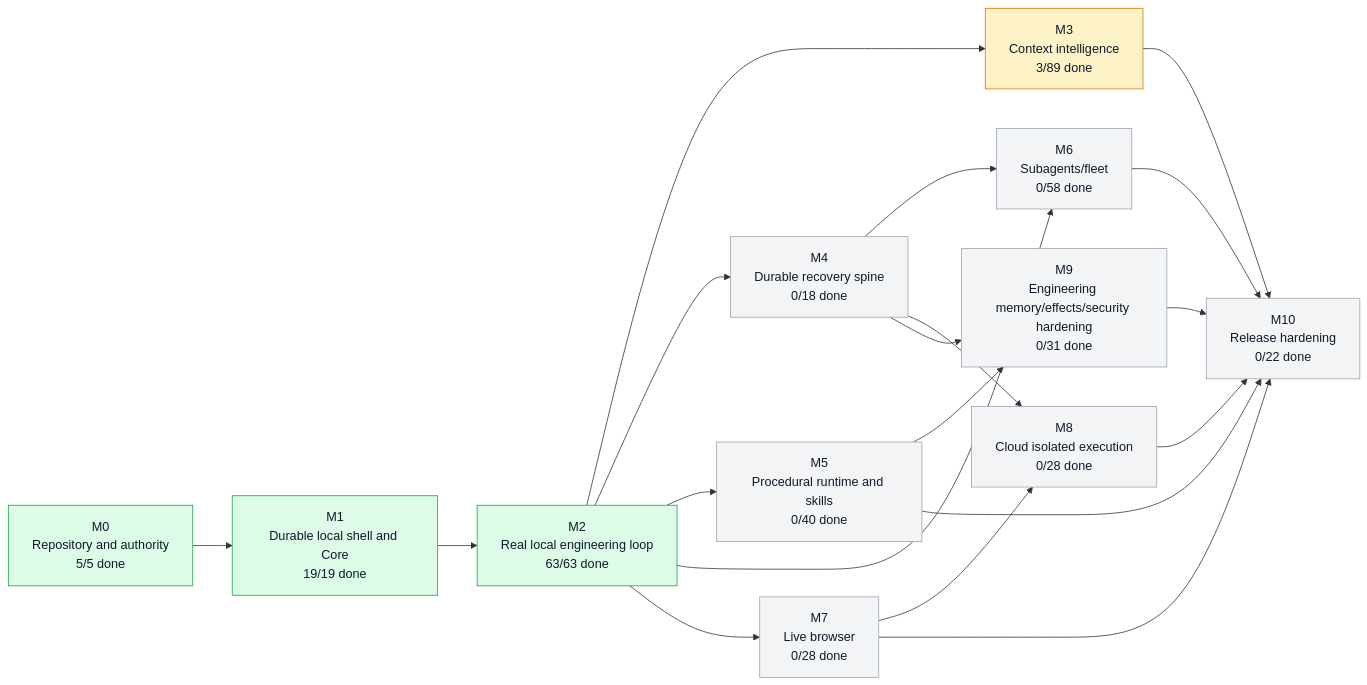
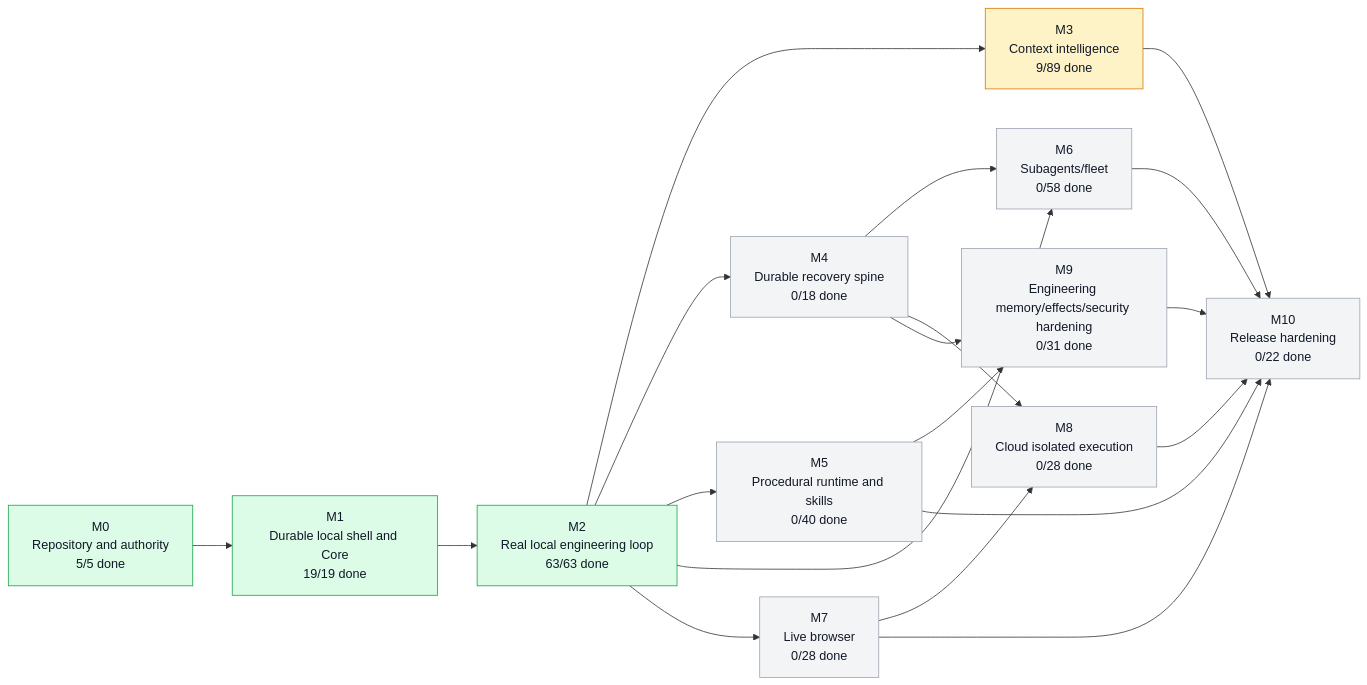
One commit to moss101/modbit changed the first of 5 diagrams in graph/PROJECT_GRAPH.md. Above: the diagram before and after it, drawn with Mermaid. The commit also changed other lines of this file and 21 other files, not shown here.

````diff
--- a/graph/PROJECT_GRAPH.md
+++ b/graph/PROJECT_GRAPH.md
@@ -57,43 +57,43 @@
 ```mermaid
 flowchart LR
   M0["M0<br/>Repository and authority<br/>5/5 done"]
   M1["M1<br/>Durable local shell and Core<br/>19/19 done"]
   M2["M2<br/>Real local engineering loop<br/>63/63 done"]
-  M3["M3<br/>Context intelligence<br/>3/89 done"]
+  M3["M3<br/>Context intelligence<br/>9/89 done"]
   M4["M4<br/>Durable recovery spine<br/>0/18 done"]
   M5["M5<br/>Procedural runtime and skills<br/>0/40 done"]
   M6["M6<br/>Subagents/fleet<br/>0/58 done"]
   M7["M7<br/>Live browser<br/>0/28 done"]
   M8["M8<br/>Cloud isolated execution<br/>0/28 done"]
   M9["M9<br/>Engineering memory/effects/security hardening<br/>0/31 done"]
   M10["M10<br/>Release hardening<br/>0/22 done"]
   M0 --> M1
   M1 --> M2
   M2 --> M3
   M2 --> M4
   M2 --> M5
   M2 --> M6
   M4 --> M6
   M2 --> M7
   M4 --> M8
   M7 --> M8
   M4 --> M9
   M5 --> M9
   M3 --> M10
   M5 --> M10
   M6 --> M10
   M7 --> M10
   M8 --> M10
   M9 --> M10
   style M0 fill:#dcfce7,stroke:#16a34a,color:#111827
   style M1 fill:#dcfce7,stroke:#16a34a,color:#111827
   style M2 fill:#dcfce7,stroke:#16a34a,color:#111827
   style M3 fill:#fef3c7,stroke:#d97706,color:#111827
   style M4 fill:#f3f4f6,stroke:#9ca3af,color:#111827
   style M5 fill:#f3f4f6,stroke:#9ca3af,color:#111827
   style M6 fill:#f3f4f6,stroke:#9ca3af,color:#111827
   style M7 fill:#f3f4f6,stroke:#9ca3af,color:#111827
   style M8 fill:#f3f4f6,stroke:#9ca3af,color:#111827
   style M9 fill:#f3f4f6,stroke:#9ca3af,color:#111827
   style M10 fill:#f3f4f6,stroke:#9ca3af,color:#111827
 ```
````
